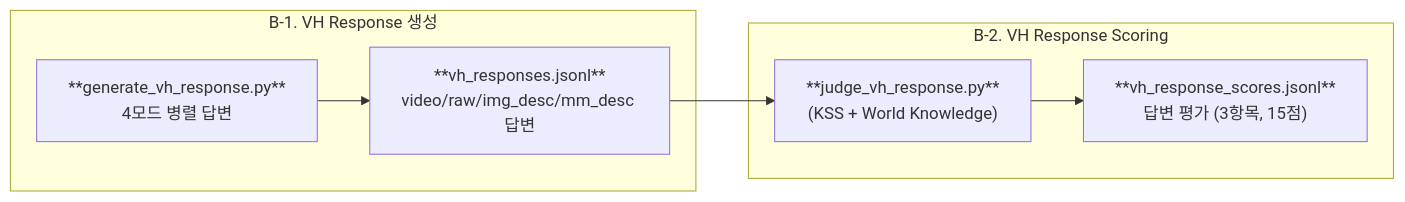
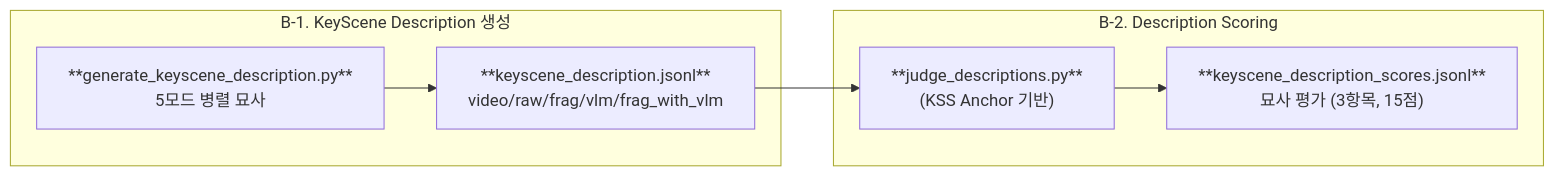
One commit to obeychoi0120/LLMJudge changed the third of 4 diagrams in README.md. Above: the diagram before and after it, drawn with Mermaid. The commit also changed other lines of this file, not shown here.

````diff
--- a/README.md
+++ b/README.md
@@ -69,16 +142,16 @@
 ```mermaid
 flowchart LR
-    subgraph STEPB1["B-1. VH Response 생성"]
-        R_SCRIPT["**generate_vh_response.py**<br/>4모드 병렬 답변"]
-        R_ANS["**vh_responses.jsonl**<br/>video/raw/img_desc/mm_desc 답변"]
+    subgraph STEPB1["B-1. KeyScene Description 생성"]
+        KD_SCRIPT["**generate_keyscene_description.py**<br/>5모드 병렬 묘사"]
+        KD_OUT["**keyscene_description.jsonl**<br/>video/raw/frag/vlm/frag_with_vlm"]
     end
 
-    subgraph STEPB2["B-2. VH Response Scoring"]
-        RJ_SCRIPT["**judge_vh_response.py**<br/>(KSS + World Knowledge)"]
-        RJ_OUT["**vh_response_scores.jsonl**<br/>답변 평가 (3항목, 15점)"]
+    subgraph STEPB2["B-2. Description Scoring"]
+        DJ_SCRIPT["**judge_descriptions.py**<br/>(KSS Anchor 기반)"]
+        DJ_OUT["**keyscene_description_scores.jsonl**<br/>묘사 평가 (3항목, 15점)"]
     end
 
-    R_SCRIPT --> R_ANS
-    R_ANS --> RJ_SCRIPT
-    RJ_SCRIPT --> RJ_OUT
+    KD_SCRIPT --> KD_OUT
+    KD_OUT --> DJ_SCRIPT
+    DJ_SCRIPT --> DJ_OUT
 ```
````
